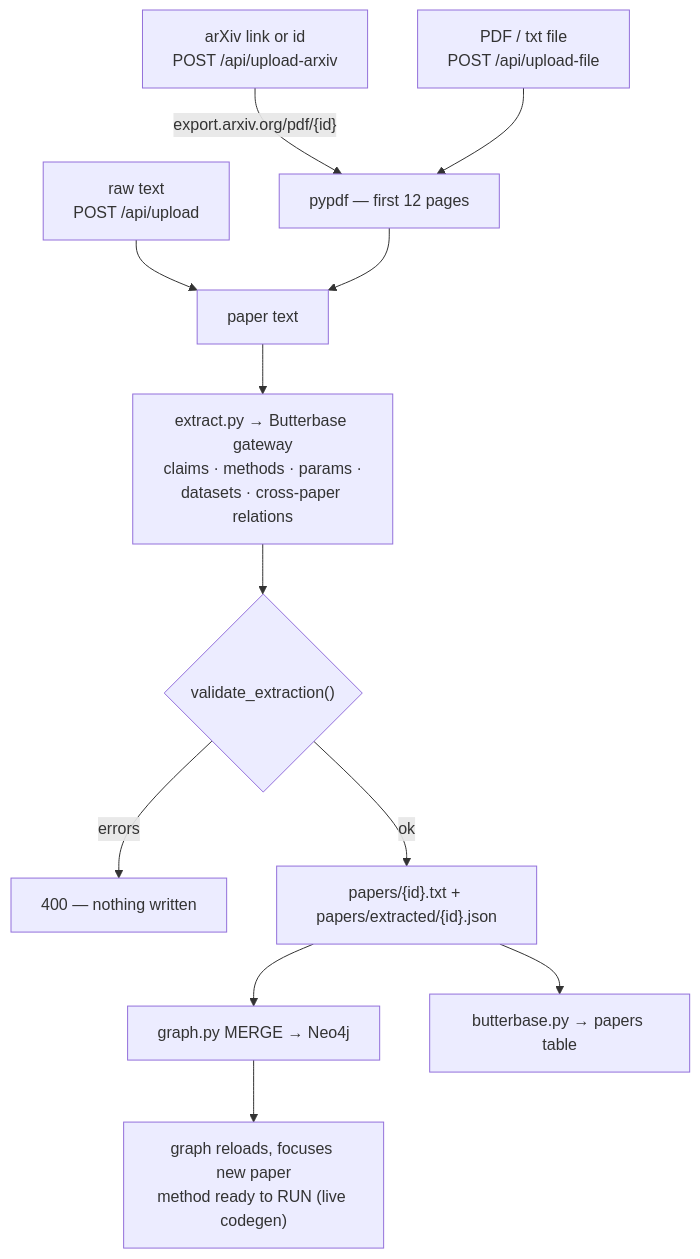
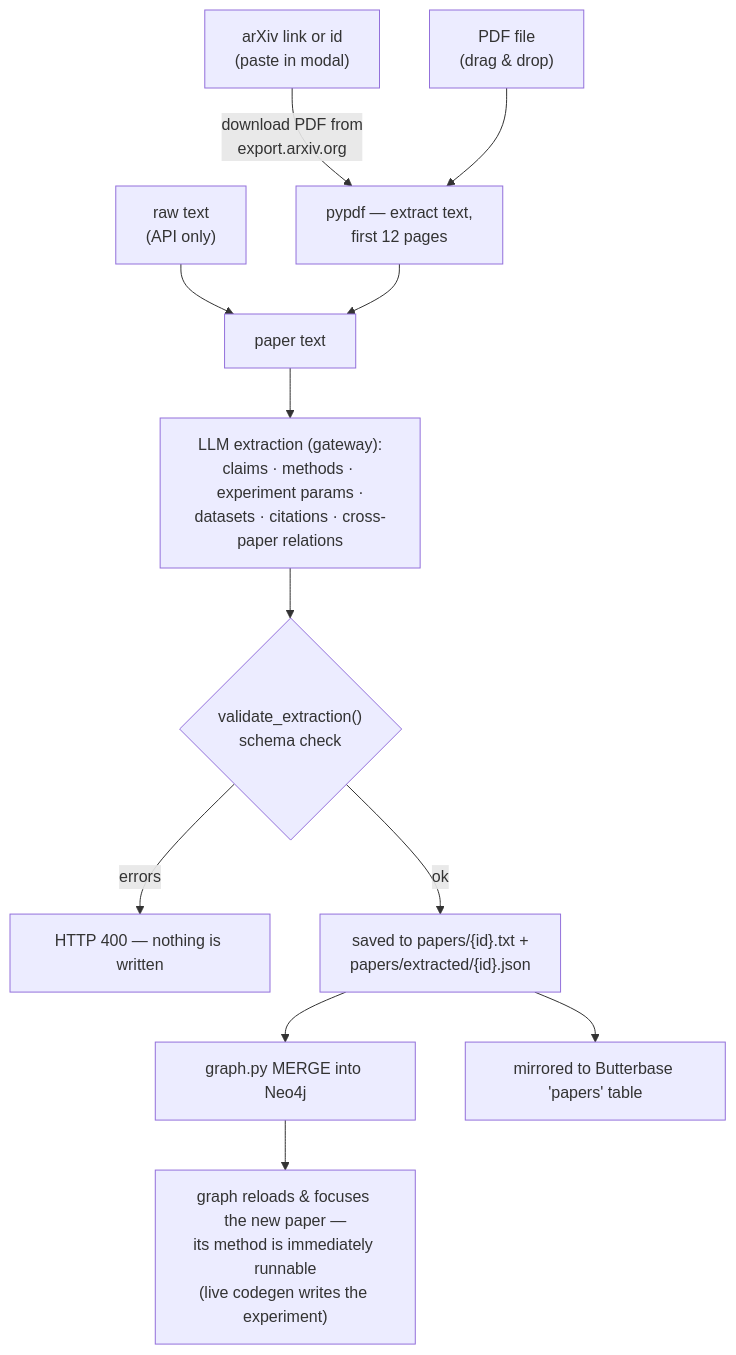
One commit to samshanmukh/Paper-to-Results-Graph changed the fourth of 5 diagrams in README.md. Above: the diagram before and after it, drawn with Mermaid. The commit also changed other lines of this file, not shown here.

First line of the commit message:
docs: fully narrated README — plain-language walkthroughs for every diagram

````diff
--- a/README.md
+++ b/README.md
@@ -132,14 +192,14 @@
 ```mermaid
 flowchart TD
-    A1["arXiv link or id<br/>POST /api/upload-arxiv"] -->|"export.arxiv.org/pdf/{id}"| P
-    A2["PDF / txt file<br/>POST /api/upload-file"] --> P
-    A3["raw text<br/>POST /api/upload"] --> T
-    P["pypdf — first 12 pages"] --> T["paper text"]
-    T --> X["extract.py → Butterbase gateway<br/>claims · methods · params ·<br/>datasets · cross-paper relations"]
-    X --> V{"validate_extraction()"}
-    V -->|errors| E["400 — nothing written"]
-    V -->|ok| W["papers/{id}.txt + papers/extracted/{id}.json"]
-    W --> G["graph.py MERGE → Neo4j"]
-    W --> B["butterbase.py → papers table"]
-    G --> UI2["graph reloads, focuses new paper<br/>method ready to RUN (live codegen)"]
+    A1["arXiv link or id<br/>(paste in modal)"] -->|"download PDF from<br/>export.arxiv.org"| P
+    A2["PDF file<br/>(drag & drop)"] --> P
+    A3["raw text<br/>(API only)"] --> T
+    P["pypdf — extract text,<br/>first 12 pages"] --> T["paper text"]
+    T --> X["LLM extraction (gateway):<br/>claims · methods · experiment params ·<br/>datasets · citations · cross-paper relations"]
+    X --> V{"validate_extraction()<br/>schema check"}
+    V -->|errors| E["HTTP 400 — nothing is written"]
+    V -->|ok| W["saved to papers/{id}.txt +<br/>papers/extracted/{id}.json"]
+    W --> G["graph.py MERGE into Neo4j"]
+    W --> B["mirrored to Butterbase 'papers' table"]
+    G --> UI2["graph reloads & focuses the new paper —<br/>its method is immediately runnable<br/>(live codegen writes the experiment)"]
 ```
````
